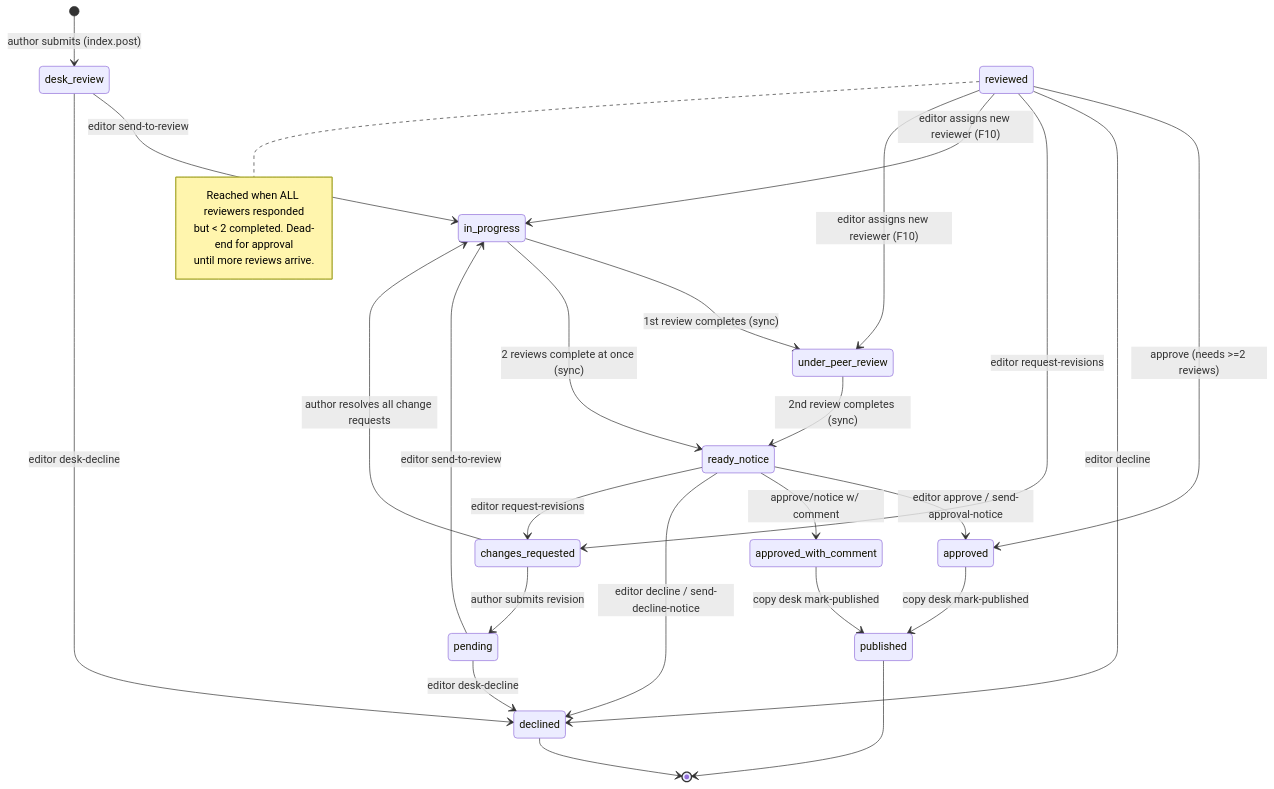
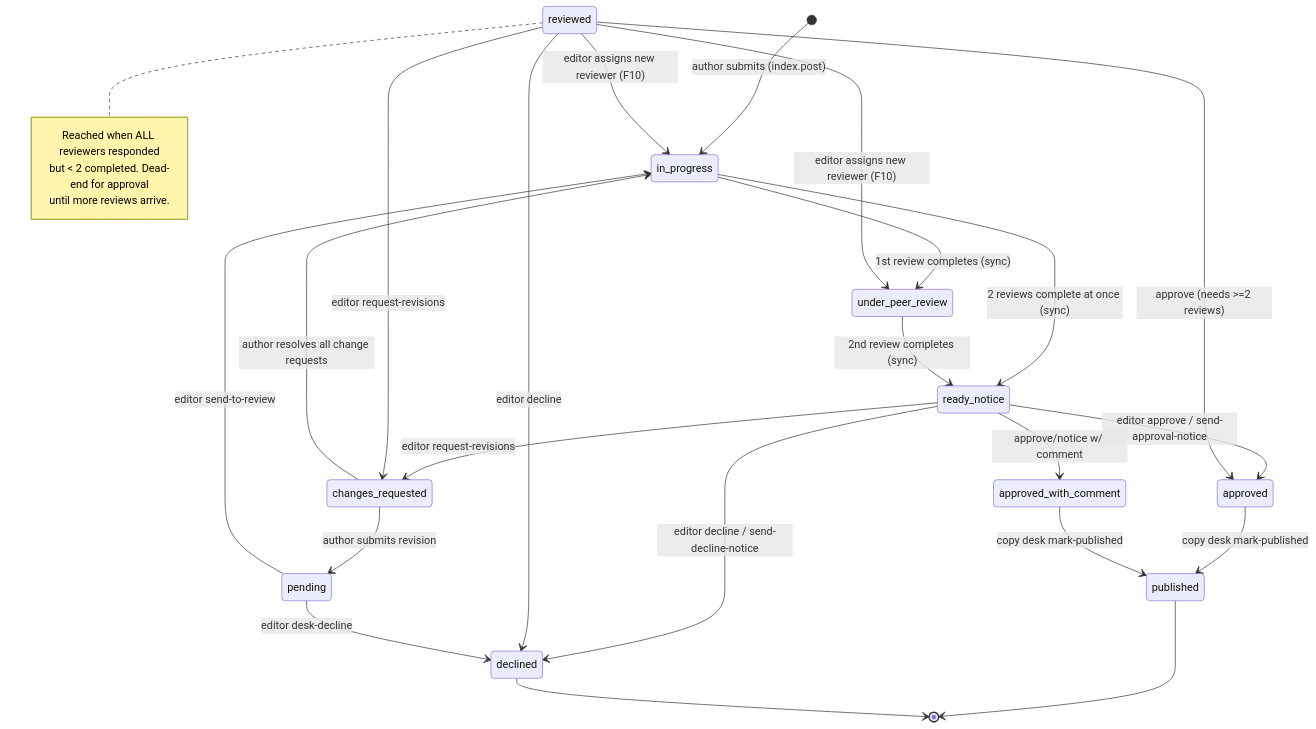
The diagram in docs/manuscript-review-lifecycle.md (daaef/japr), drawn with Mermaid before and after one commit. The commit also changed other lines of this file and 71 other files, not shown here.

First line of the commit message:
feat(copy-desk): promote copy_desk_editor to full editor role and add ping notification support

````diff
--- a/docs/manuscript-review-lifecycle.md
+++ b/docs/manuscript-review-lifecycle.md
@@ -142,39 +142,37 @@
 ```mermaid
 stateDiagram-v2
-    [*] --> desk_review: author submits (index.post)
-    desk_review --> in_progress: editor send-to-review
-    desk_review --> declined: editor desk-decline
+    [*] --> in_progress: author submits (index.post)
 
     in_progress --> under_peer_review: 1st review completes (sync)
     in_progress --> ready_notice: 2 reviews complete at once (sync)
     under_peer_review --> ready_notice: 2nd review completes (sync)
 
     ready_notice --> approved: editor approve / send-approval-notice
     ready_notice --> approved_with_comment: approve/notice w/ comment
     ready_notice --> declined: editor decline / send-decline-notice
     ready_notice --> changes_requested: editor request-revisions
 
     reviewed --> approved: approve (needs >=2 reviews)
     reviewed --> declined: editor decline
     reviewed --> changes_requested: editor request-revisions
     reviewed --> in_progress: editor assigns new reviewer (F10)
     reviewed --> under_peer_review: editor assigns new reviewer (F10)
 
     changes_requested --> pending: author submits revision
     changes_requested --> in_progress: author resolves all change requests
 
     pending --> in_progress: editor send-to-review
     pending --> declined: editor desk-decline
 
     approved --> published: copy desk mark-published
     approved_with_comment --> published: copy desk mark-published
 
     published --> [*]
     declined --> [*]
 
     note right of reviewed
       Reached when ALL reviewers responded
       but < 2 completed. Dead-end for approval
       until more reviews arrive.
     end note
 ```
````
